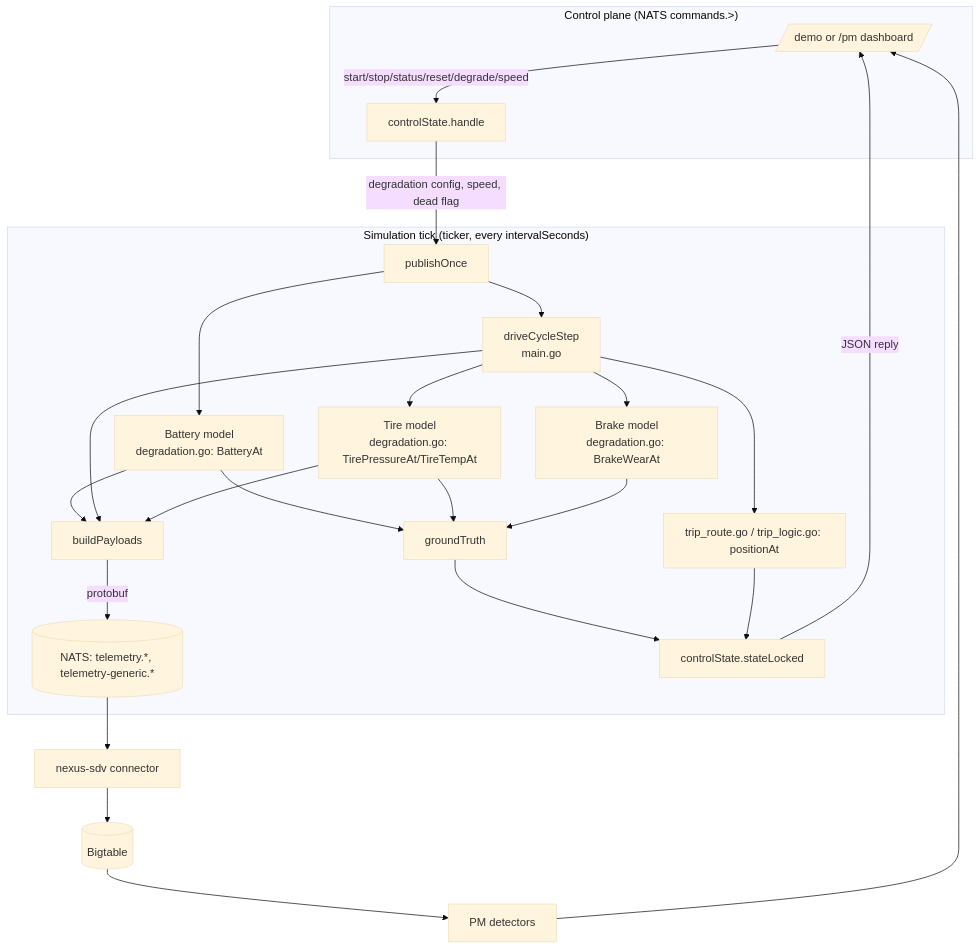
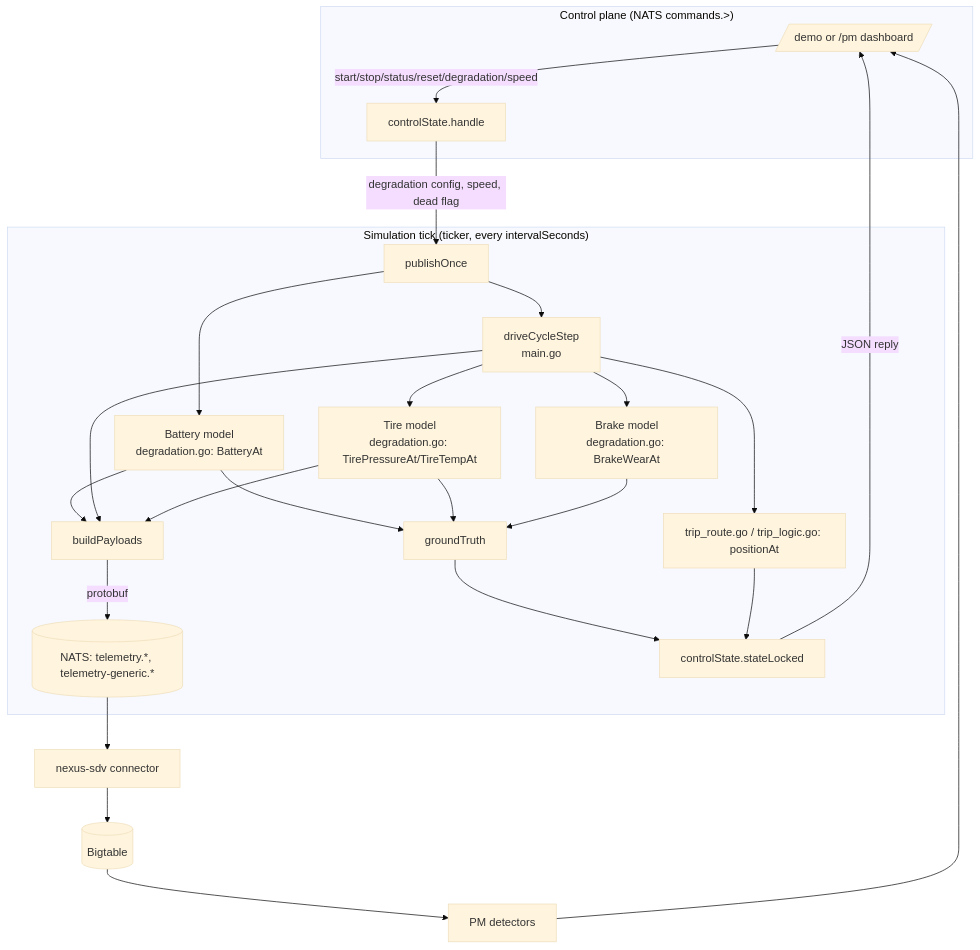
One commit to Atri10/nexus-sdv changed the first of 6 diagrams in sample-clients/vehicle-client/docs/simulator-data-generation-deep-dive.md. Above: the diagram before and after it, drawn with Mermaid (base theme). The commit also changed other lines of this file and 16 other files, not shown here.

````diff
--- a/sample-clients/vehicle-client/docs/simulator-data-generation-deep-dive.md
+++ b/sample-clients/vehicle-client/docs/simulator-data-generation-deep-dive.md
@@ -34,28 +34,28 @@
 ```mermaid
 flowchart TD
     subgraph Control["Control plane (NATS commands.>)"]
-        WEB[/demo or /pm dashboard/] -->|start/stop/status/reset/degrade/speed| CTL[controlState.handle]
+        WEB[/demo or /pm dashboard/] -->|start/stop/status/reset/degradation/speed| CTL[controlState.handle]
     end
 
     subgraph Tick["Simulation tick (ticker, every intervalSeconds)"]
         CTL -->|degradation config, speed, dead flag| PO[publishOnce]
         PO --> BAT[Battery model\ndegradation.go: BatteryAt]
         PO --> DRV[driveCycleStep\nmain.go]
         DRV --> TIRE[Tire model\ndegradation.go: TirePressureAt/TireTempAt]
         DRV --> BRK[Brake model\ndegradation.go: BrakeWearAt]
         BAT --> GT[groundTruth]
         TIRE --> GT
         BRK --> GT
         DRV --> ROUTE[trip_route.go / trip_logic.go: positionAt]
         BAT --> BUILD[buildPayloads]
         DRV --> BUILD
         TIRE --> BUILD
         BUILD -->|protobuf| NATS[(NATS: telemetry.*, telemetry-generic.*)]
         GT --> STATUS[controlState.stateLocked]
         ROUTE --> STATUS
         STATUS -->|JSON reply| WEB
     end
 
     NATS --> CONNECTOR[nexus-sdv connector] --> BIGTABLE[(Bigtable)]
     BIGTABLE --> PMDETECTOR[PM detectors] --> WEB
 ```
````
